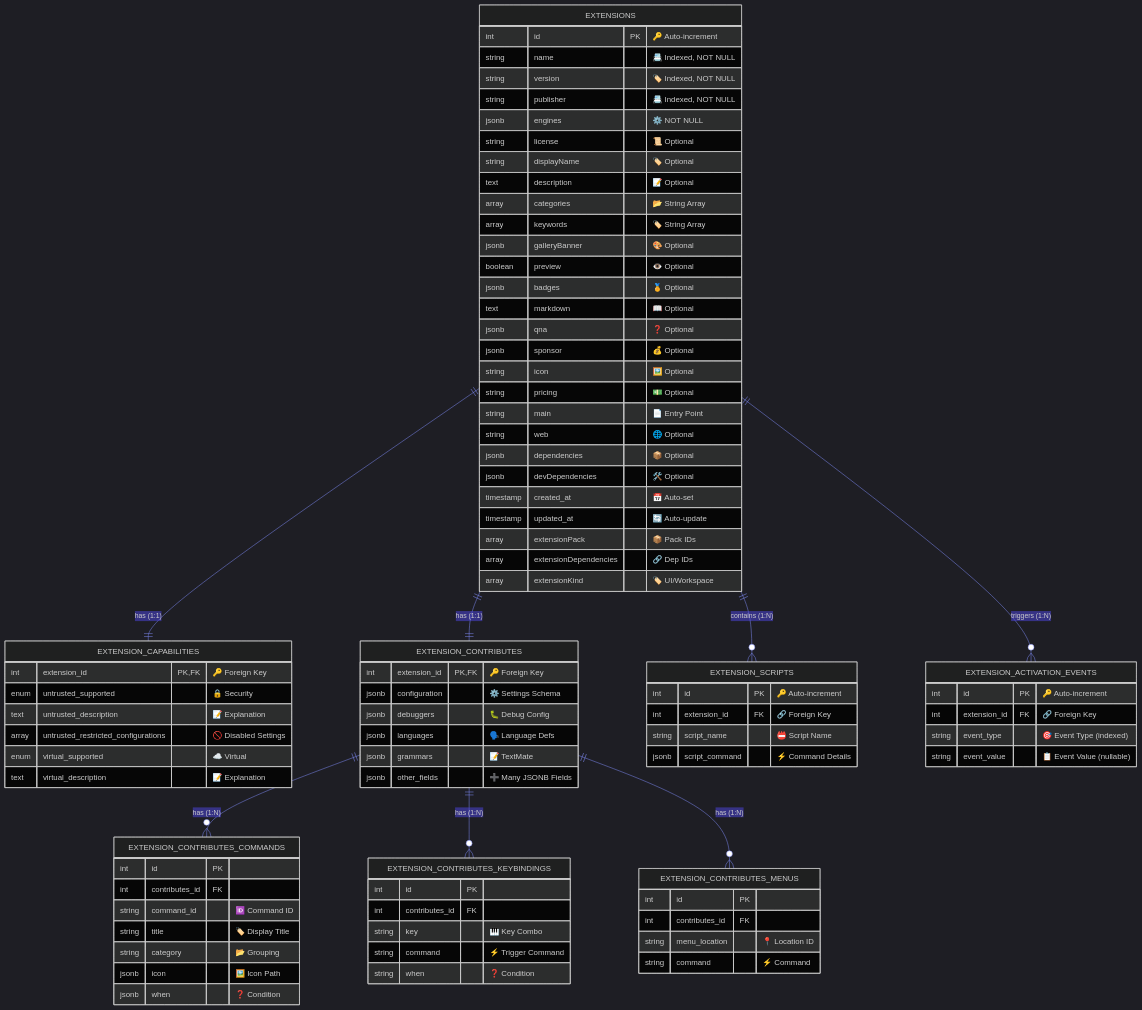
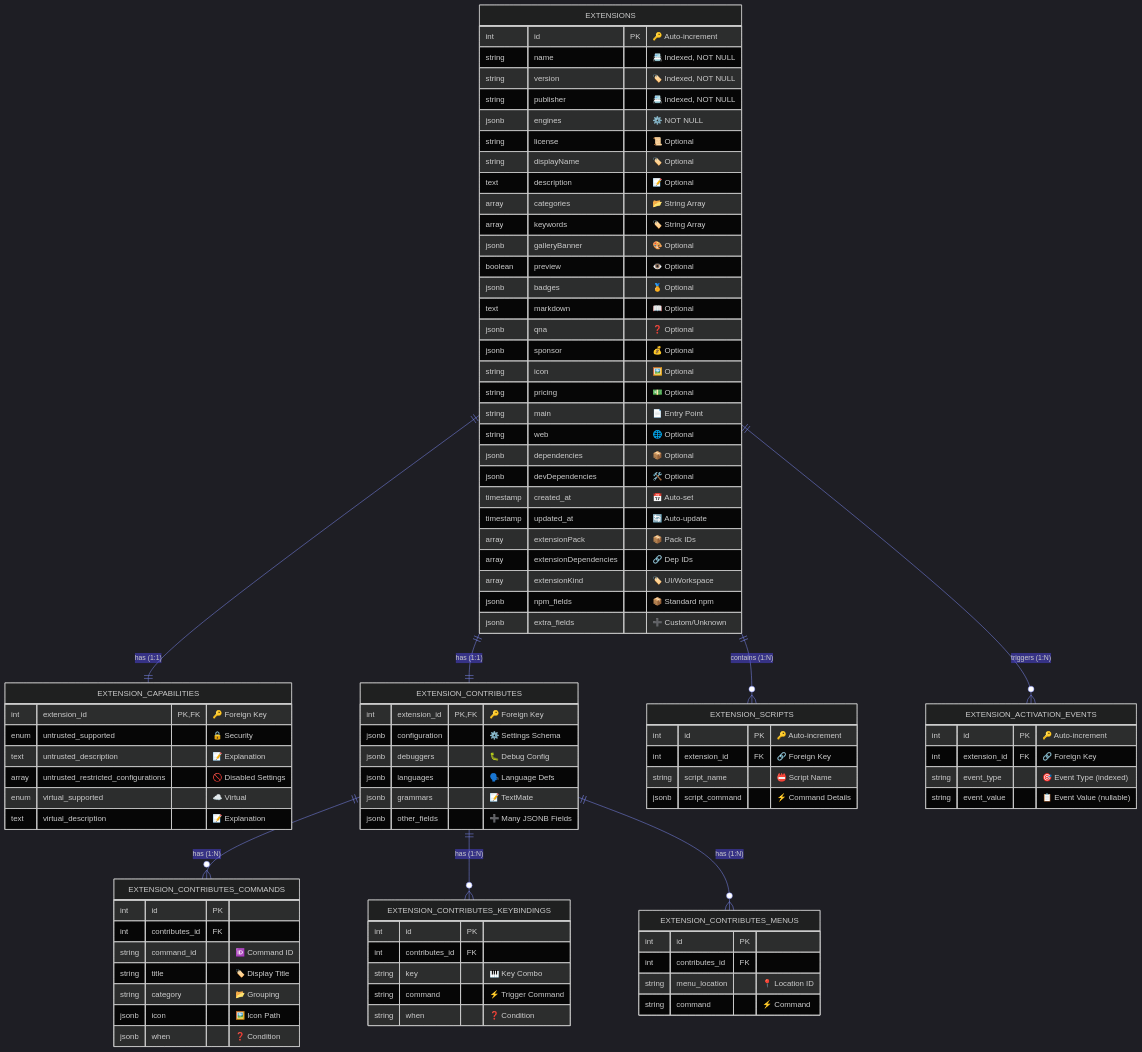
Before and after one commit to Ekremunalytu/automation_enviroment: the eighth of 14 diagrams in documents/ARCHITECTURE.md, drawn with Mermaid. The commit also changed 7 other files, not shown here.

```diff
--- a/documents/ARCHITECTURE.md
+++ b/documents/ARCHITECTURE.md
@@ -498,6 +498,8 @@
         array extensionPack "📦 Pack IDs"
         array extensionDependencies "🔗 Dep IDs"
         array extensionKind "🏷️ UI/Workspace"
+        jsonb npm_fields "📦 Standard npm"
+        jsonb extra_fields "➕ Custom/Unknown"
     }
 
     EXTENSION_CAPABILITIES {
```
